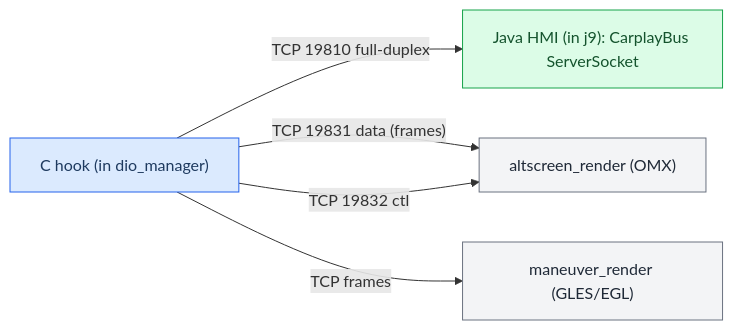
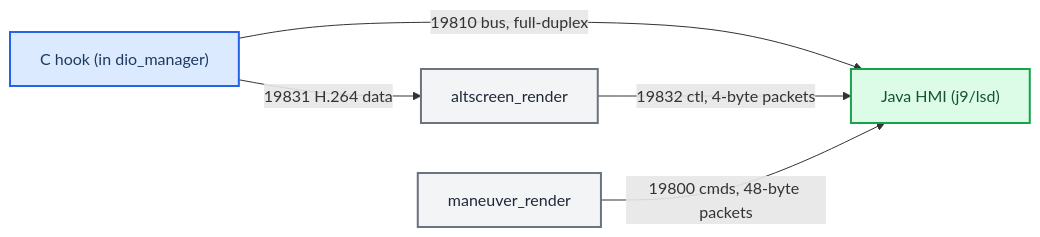
The first of 2 diagrams in docs-obsidian/Reference/Hook to Java Bus.md (luka-dev/mib2q-carplay-rgi), drawn with Mermaid before and after one commit. The commit also changed other lines of this file and 43 other files, not shown here.

````diff
--- a/docs-obsidian/Reference/Hook to Java Bus.md
+++ b/docs-obsidian/Reference/Hook to Java Bus.md
@@ -19,17 +19,19 @@
 ```mermaid
 flowchart LR
+  accTitle: Loopback TCP topology between hook, Java and renderers
+  accDescr: The hook connects to Java on 19810 and to altscreen_render on 19831; altscreen_render connects to Java on 19832 and maneuver_render connects to Java on 19800.
   hook["C hook (in dio_manager)"]
-  java["Java HMI (in j9): CarplayBus ServerSocket"]
-  man["maneuver_render (GLES/EGL)"]
-  alt["altscreen_render (OMX)"]
-  hook -->|"TCP 19810 full-duplex"| java
-  hook -->|"TCP 19831 data (frames)"| alt
-  hook -->|"TCP 19832 ctl"| alt
-  hook -->|"TCP frames"| man
+  java["Java HMI (j9/lsd)"]
+  man["maneuver_render"]
+  alt["altscreen_render"]
+  hook -->|"19810 bus, full-duplex"| java
+  hook -->|"19831 H.264 data"| alt
+  alt -->|"19832 ctl, 4-byte packets"| java
+  man -->|"19800 cmds, 48-byte packets"| java
+  classDef primary fill:#dbeafe,stroke:#2563eb,stroke-width:2px,color:#1e3a5f
+  classDef success fill:#dcfce7,stroke:#16a34a,stroke-width:2px,color:#14532d
+  classDef neutral fill:#f3f4f6,stroke:#6b7280,stroke-width:2px,color:#1f2937
   class hook primary
   class java success
   class man,alt neutral
-  classDef primary fill:#dbeafe,stroke:#2563eb,color:#1e3a5f
-  classDef success fill:#dcfce7,stroke:#16a34a,color:#14532d
-  classDef neutral fill:#f3f4f6,stroke:#6b7280,color:#1f2937
 ```
````
